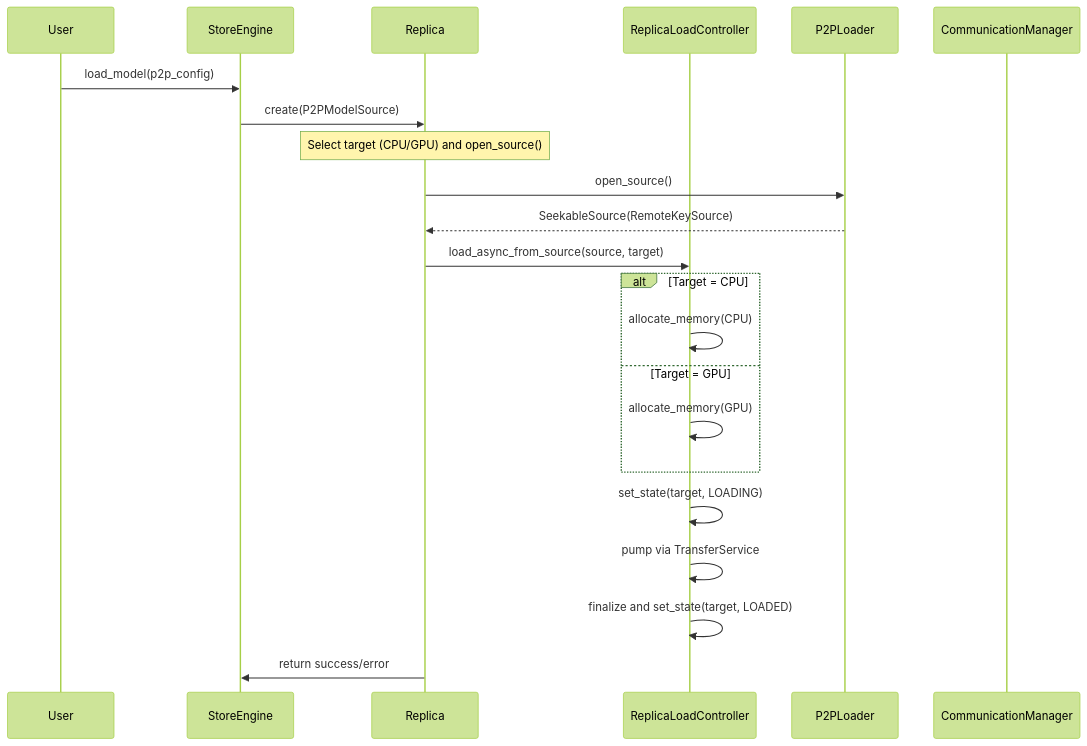
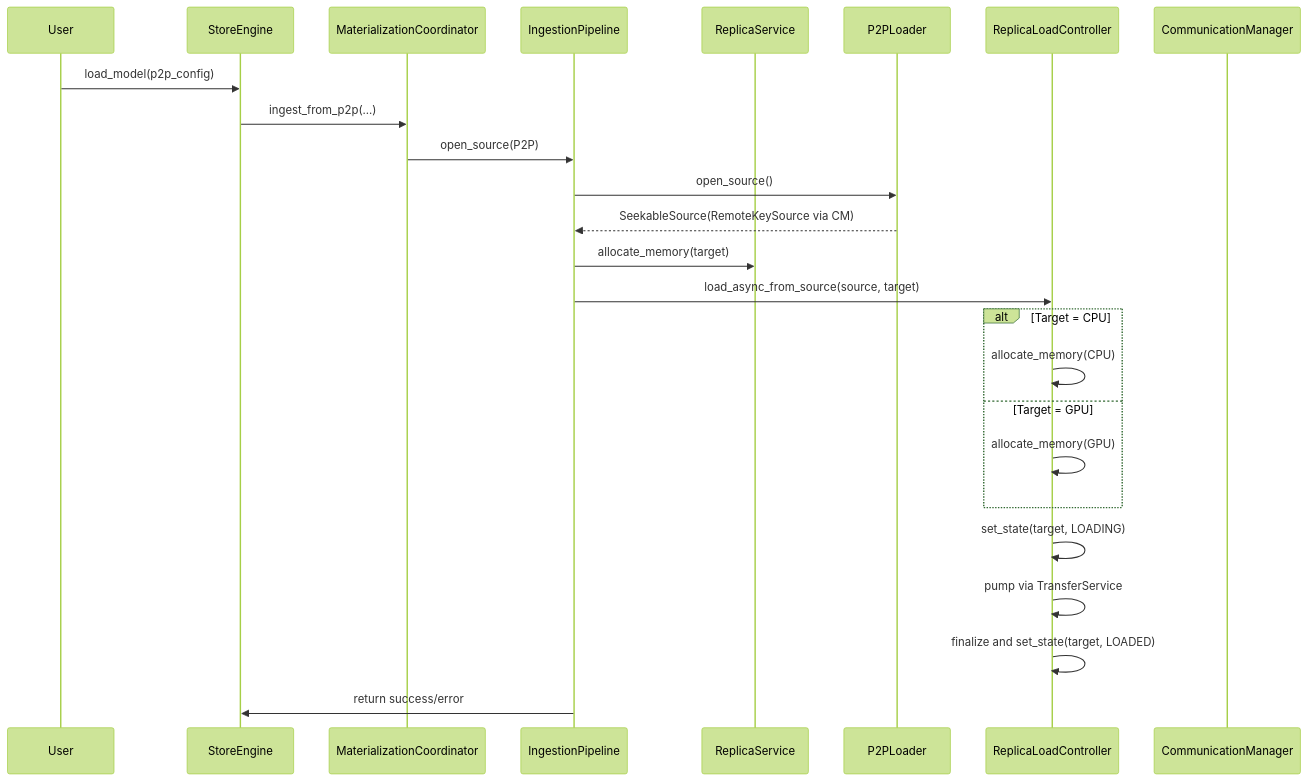
Before and after one commit to tensorcast-ai/tensorcast: diagram 13 of 14 in core/store/docs/architecture.md, drawn with Mermaid (forest theme). The commit also changed other lines of this file and 68 other files, not shown here.

Commit message:
refactor(store): enhance materialization pipeline and registration components

````diff
--- a/core/store/docs/architecture.md
+++ b/core/store/docs/architecture.md
@@ -517,29 +751,30 @@
 ```mermaid
 sequenceDiagram
     participant User
     participant CS as StoreEngine
-    participant M as Replica
+    participant MC as MaterializationCoordinator
+    participant IP as IngestionPipeline
+    participant RS as ReplicaService
+    participant RL as P2PLoader
     participant MM as ReplicaLoadController
-    participant RL as P2PLoader
     participant CM as CommunicationManager
 
     User->>CS: load_model(p2p_config)
-    CS->>M: create(P2PModelSource)
-
-    Note over M: Select target (CPU/GPU) and open_source()
-    M->>RL: open_source()
-    RL-->>M: SeekableSource(RemoteKeySource)
-    M->>MM: load_async_from_source(source, target)
+    CS->>MC: ingest_from_p2p(...)
+    MC->>IP: open_source(P2P)
+    IP->>RL: open_source()
+    RL-->>IP: SeekableSource(RemoteKeySource via CM)
+    IP->>RS: allocate_memory(target)
+    IP->>MM: load_async_from_source(source, target)
 
     alt Target = CPU
         MM->>MM: allocate_memory(CPU)
     else Target = GPU
         MM->>MM: allocate_memory(GPU)
     end
 
     MM->>MM: set_state(target, LOADING)
     MM->>MM: pump via TransferService
     MM->>MM: finalize and set_state(target, LOADED)
-
-    M->>CS: return success/error
+    IP->>CS: return success/error
 ```
````
